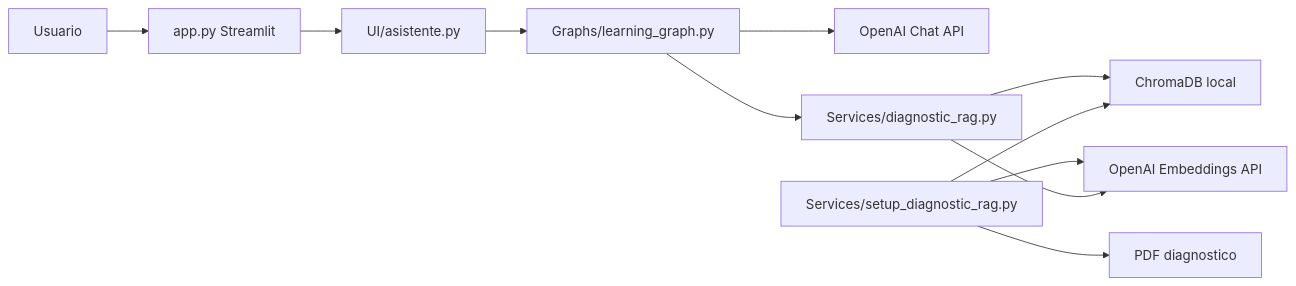
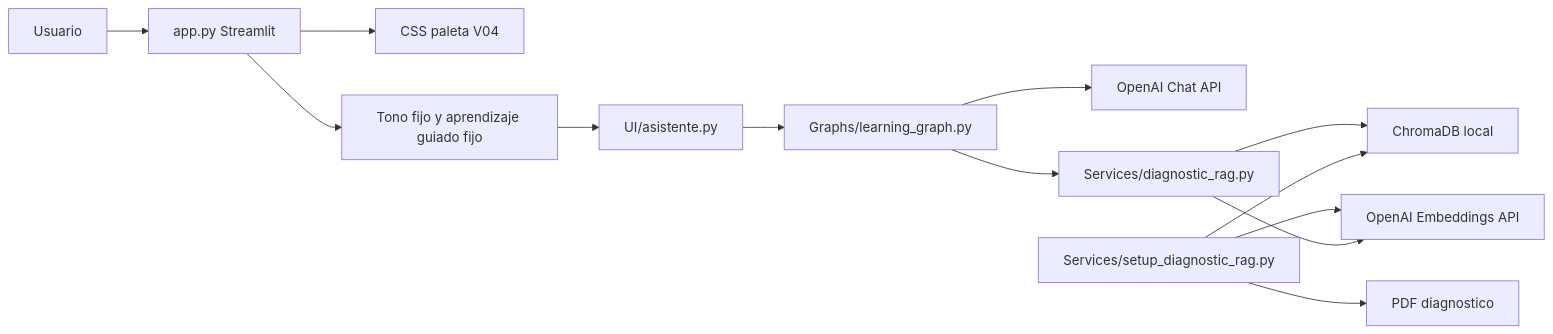
One commit to jose6668/IA-Lanchaing changed the first of 3 diagrams in Documentacion/ARQUITECTURA_PROYECTO.md. Above: the diagram before and after it, drawn with Mermaid. The commit also changed other lines of this file and 10 other files, not shown here.

Commit message:
Implementa HU-004 con aprendizaje guiado y estilo visual

````diff
--- a/Documentacion/ARQUITECTURA_PROYECTO.md
+++ b/Documentacion/ARQUITECTURA_PROYECTO.md
@@ -66,13 +84,15 @@
 ```mermaid
 flowchart LR
     U[Usuario] --> APP[app.py Streamlit]
-    APP --> UI[UI/asistente.py]
+    APP --> THEME[CSS paleta V04]
+    APP --> PED[Tono fijo y aprendizaje guiado fijo]
+    PED --> UI[UI/asistente.py]
     UI --> GRAPH[Graphs/learning_graph.py]
     GRAPH --> OAI[OpenAI Chat API]
     GRAPH --> RAG[Services/diagnostic_rag.py]
     RAG --> CH[ChromaDB local]
     SETUP[Services/setup_diagnostic_rag.py] --> PDF[PDF diagnostico]
     SETUP --> EMB[OpenAI Embeddings API]
     SETUP --> CH
     RAG --> EMB
 ```
````
